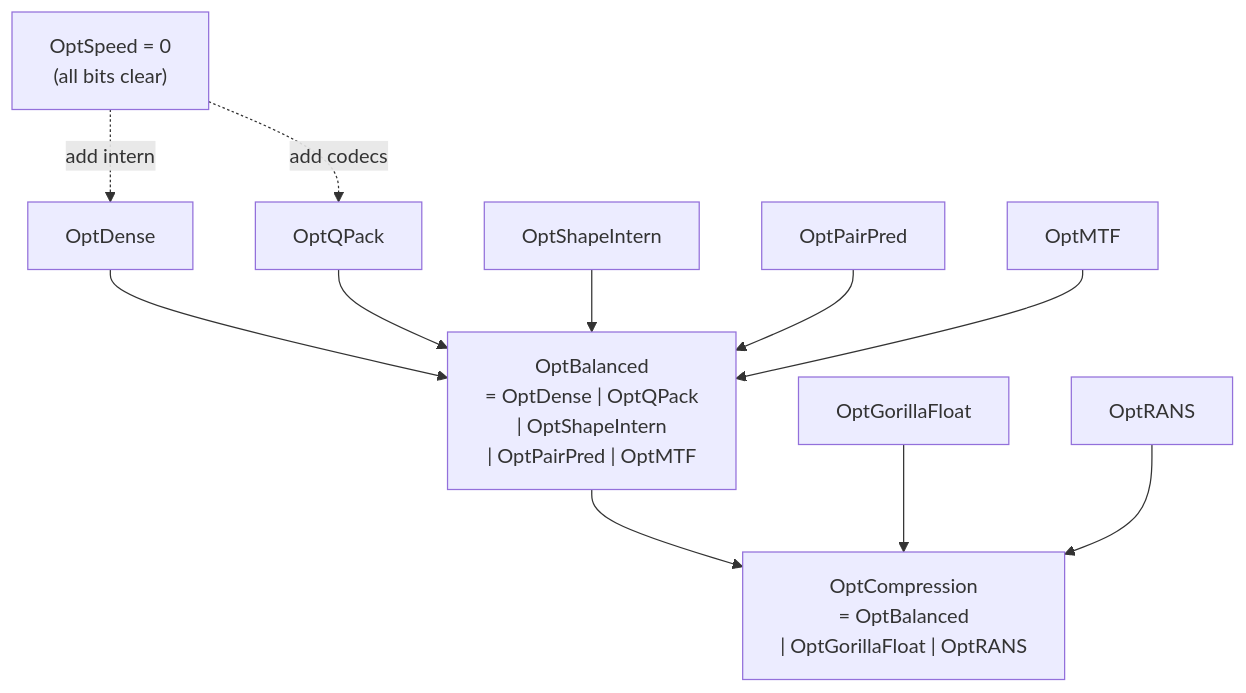
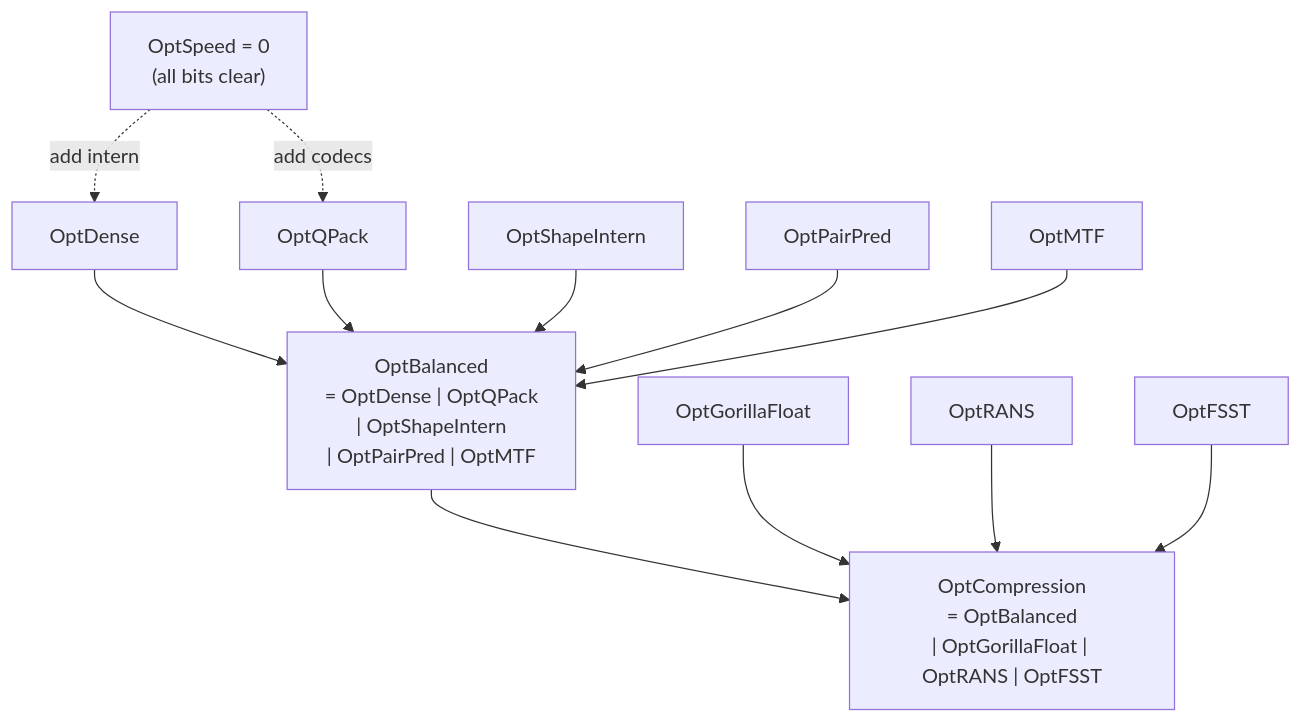
Before and after one commit to alex60217101990/qdf: the first of 3 diagrams in diagrams/options-and-modes.md, drawn with Mermaid. The commit also changed other lines of this file and 15 other files, not shown here.

First line of the commit message:
docs(diagrams): add Diff/Apply and OptCanonical diagrams; refresh options bit map

````diff
--- a/diagrams/options-and-modes.md
+++ b/diagrams/options-and-modes.md
@@ -39,25 +49,27 @@
 ```mermaid
 flowchart TD
     Speed["OptSpeed = 0\n(all bits clear)"]
     Dense["OptDense"]
     QPack["OptQPack"]
     ShapeIntern["OptShapeIntern"]
     PairPred["OptPairPred"]
     MTF["OptMTF"]
     Gorilla["OptGorillaFloat"]
     RANS["OptRANS"]
+    FSST["OptFSST"]
 
     Balanced["OptBalanced\n= OptDense | OptQPack\n| OptShapeIntern\n| OptPairPred | OptMTF"]
-    Compression["OptCompression\n= OptBalanced\n| OptGorillaFloat | OptRANS"]
+    Compression["OptCompression\n= OptBalanced\n| OptGorillaFloat | OptRANS | OptFSST"]
 
     Speed -.->|"add intern"| Dense
     Speed -.->|"add codecs"| QPack
     Dense --> Balanced
     QPack --> Balanced
     ShapeIntern --> Balanced
     PairPred --> Balanced
     MTF --> Balanced
     Balanced --> Compression
     Gorilla --> Compression
     RANS --> Compression
+    FSST --> Compression
 ```
````
